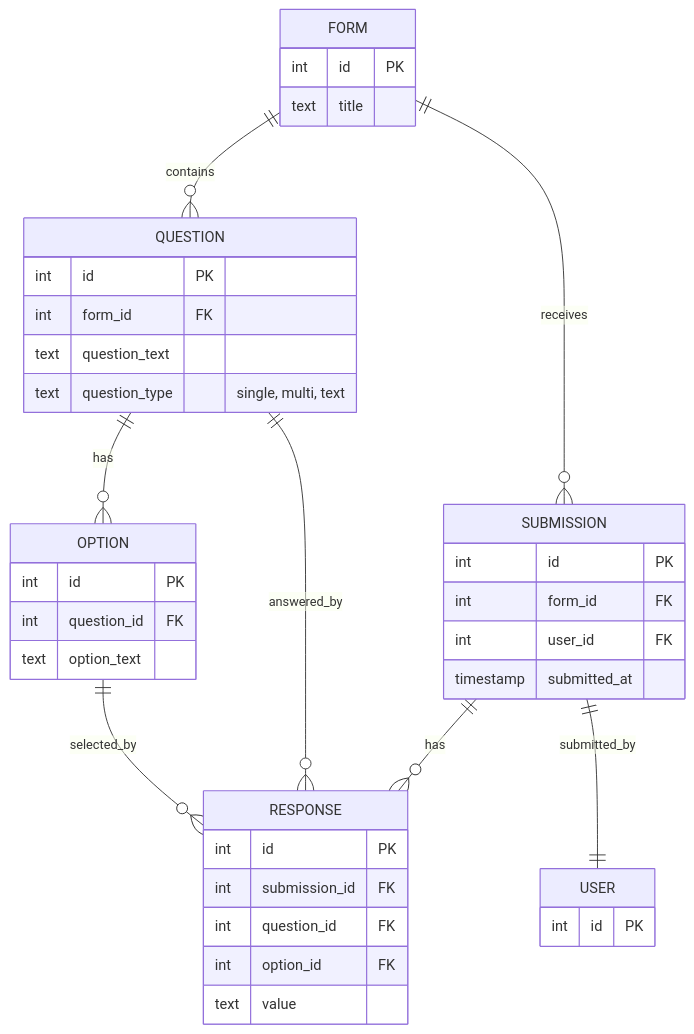
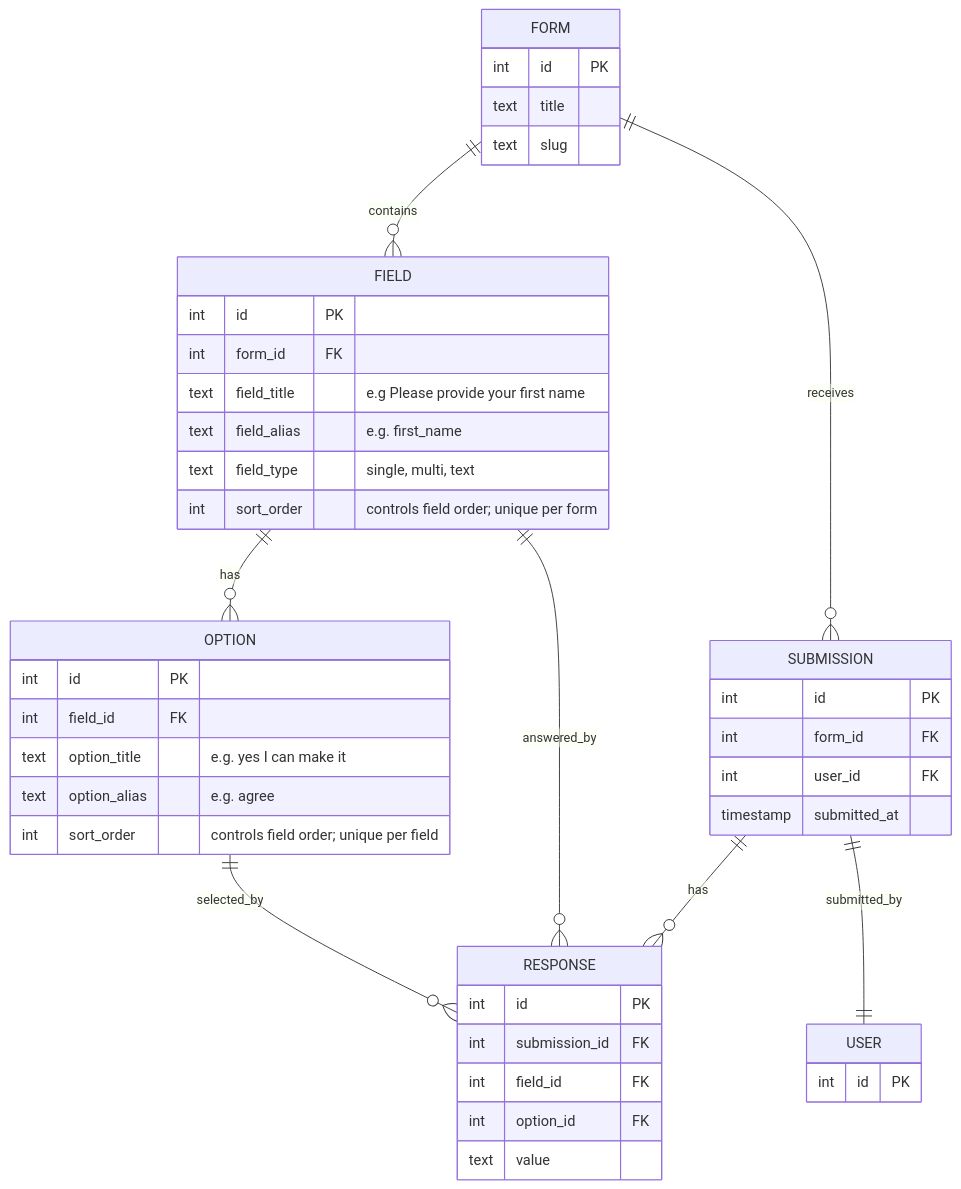
The diagram in docs/form-schema.md (SiloamXperience-DG-AY2526/backend), drawn with Mermaid before and after one commit. The commit also changed 10 other files, not shown here.

````diff
--- a/docs/form-schema.md
+++ b/docs/form-schema.md
@@ -3,43 +3,48 @@
 ```mermaid
 erDiagram
     direction TB
-    FORM ||--o{ QUESTION : contains
-    QUESTION ||--o{ OPTION : has
+    FORM ||--o{ FIELD : contains
+    FIELD ||--o{ OPTION : has
     FORM ||--o{ SUBMISSION : receives
     SUBMISSION ||--o{ RESPONSE : has
-    QUESTION ||--o{ RESPONSE : answered_by
+    FIELD ||--o{ RESPONSE : answered_by
     OPTION ||--o{ RESPONSE : selected_by
     SUBMISSION ||--|| USER : submitted_by
 
     FORM {
         int id PK
         text title
+        text slug
     }
-    QUESTION {
+    FIELD {
         int id PK
         int form_id FK
-        text question_text
-        text question_type "single, multi, text"
+        text field_title "e.g Please provide your first name"
+        text field_alias "e.g. first_name"
+        text field_type "single, multi, text"
+        int sort_order "controls field order; unique per form"
     }
     OPTION {
         int id PK
-        int question_id FK
-        text option_text
+        int field_id FK
+        text option_title "e.g. yes I can make it"
+        text option_alias "e.g. agree"
+        int sort_order "controls field order; unique per field"
     }
     SUBMISSION {
         int id PK
         int form_id FK
         int user_id FK
         timestamp submitted_at
     }
     RESPONSE {
         int id PK
         int submission_id FK
-        int question_id FK
+        int field_id FK
         int option_id FK
         text value
     }
     USER {
         int id PK
     }
 ```
````
